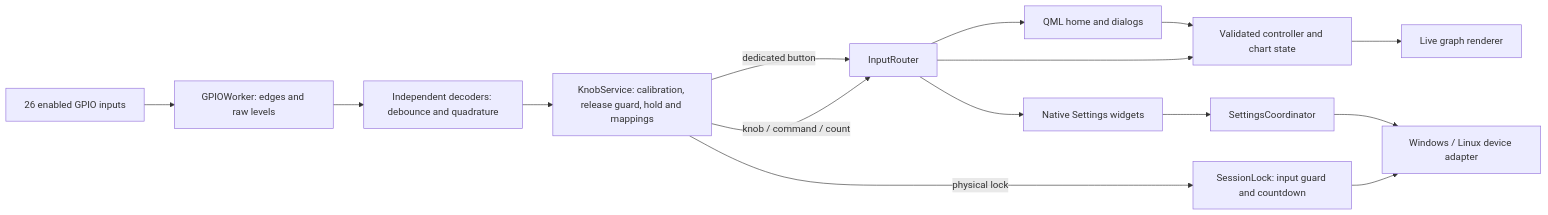
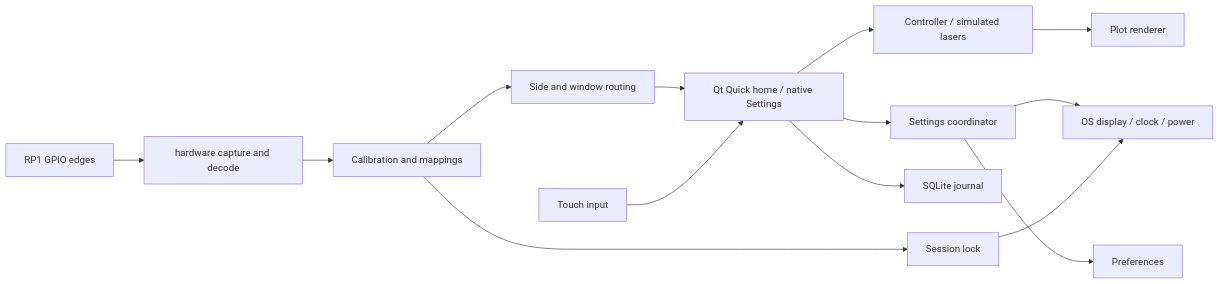
One commit to chilly23/DLC_firmware_repository changed the diagram in APP.md. Above: the diagram before and after it, drawn with Mermaid. The commit also changed other lines of this file and 19 other files, not shown here.

````diff
--- a/APP.md
+++ b/APP.md
@@ -474,17 +153,16 @@
 ```mermaid
 flowchart LR
-  Pins[26 enabled GPIO inputs] --> Capture[GPIOWorker: edges and raw levels]
-  Capture --> Decode[Independent decoders: debounce and quadrature]
-  Decode --> Service[KnobService: calibration, release guard, hold and mappings]
-  Service -->|knob / command / count| Router[InputRouter]
-  Service -->|physical lock| Lock[SessionLock: input guard and countdown]
+  GPIO[RP1 GPIO edges] --> Capture[hardware capture and decode]
+  Capture --> Service[Calibration and mappings]
+  Service --> Router[Side and window routing]
+  Router --> UI[Qt Quick home / native Settings]
+  Touch[Touch input] --> UI
+  UI --> Controller[Controller / simulated lasers]
+  Controller --> Plot[Plot renderer]
+  UI --> Settings[Settings coordinator]
+  Settings --> Device[OS display / clock / power]
+  Settings --> Store[Preferences]
+  UI --> Journal[SQLite journal]
+  Service --> Lock[Session lock]
   Lock --> Device
-  Service -->|dedicated button| Router
-  Router --> Home[QML home and dialogs]
-  Router --> Settings[Native Settings widgets]
-  Router --> Model[Validated controller and chart state]
-  Home --> Model
-  Settings --> Coordinator[SettingsCoordinator]
-  Coordinator --> Device[Windows / Linux device adapter]
-  Model --> Paint[Live graph renderer]
 ```
````
